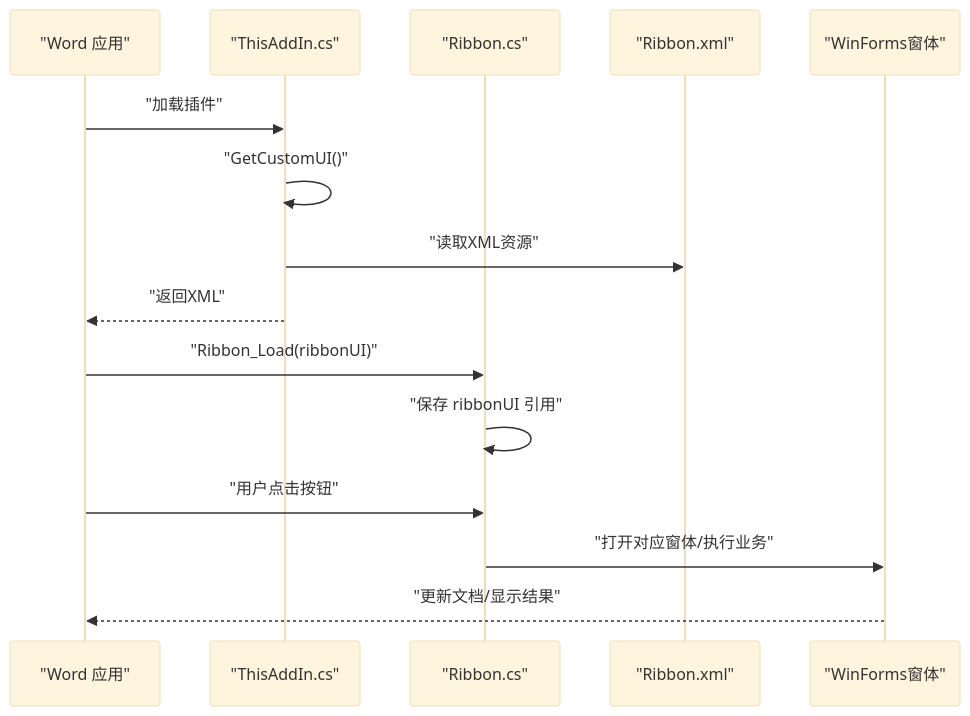
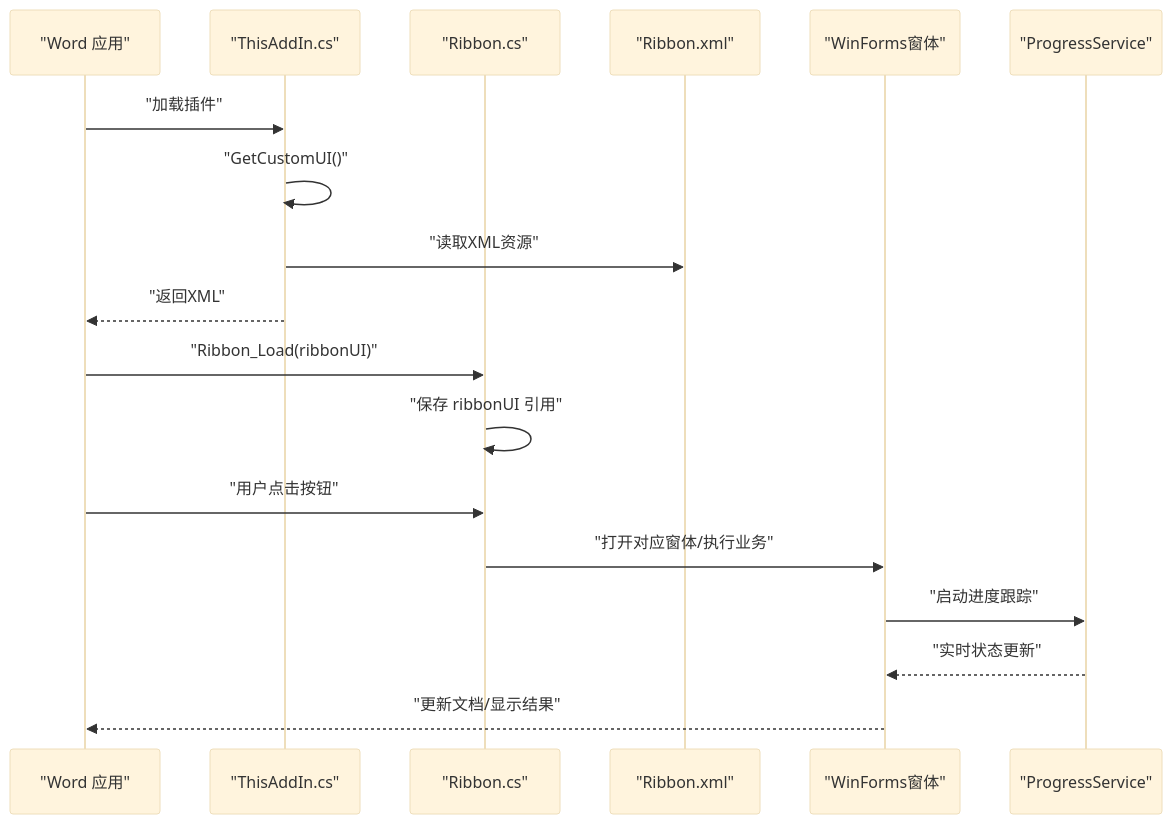
One commit to rainiva/WordTools changed the second of 10 diagrams in .qoder/repowiki/zh/content/界面组件/界面组件.md. Above: the diagram before and after it, drawn with Mermaid (base theme). The commit also changed other lines of this file and 8 other files, not shown here.

Commit message:
perf: 大表格插图性能优化-清理编号与计算起始号瓶颈修复+诊断计时

````diff
--- a/.qoder/repowiki/zh/content/界面组件/界面组件.md
+++ b/.qoder/repowiki/zh/content/界面组件/界面组件.md
@@ -107,17 +117,20 @@
 ```mermaid
 sequenceDiagram
 participant Word as "Word 应用"
 participant AddIn as "ThisAddIn.cs"
 participant RibbonCtrl as "Ribbon.cs"
 participant UI as "Ribbon.xml"
 participant Form as "WinForms窗体"
+participant Progress as "ProgressService"
 Word->>AddIn : "加载插件"
 AddIn->>AddIn : "GetCustomUI()"
 AddIn->>UI : "读取XML资源"
 AddIn-->>Word : "返回XML"
 Word->>RibbonCtrl : "Ribbon_Load(ribbonUI)"
 RibbonCtrl->>RibbonCtrl : "保存 ribbonUI 引用"
 Word->>RibbonCtrl : "用户点击按钮"
 RibbonCtrl->>Form : "打开对应窗体/执行业务"
+Form->>Progress : "启动进度跟踪"
+Progress-->>Form : "实时状态更新"
 Form-->>Word : "更新文档/显示结果"
 ```
````
